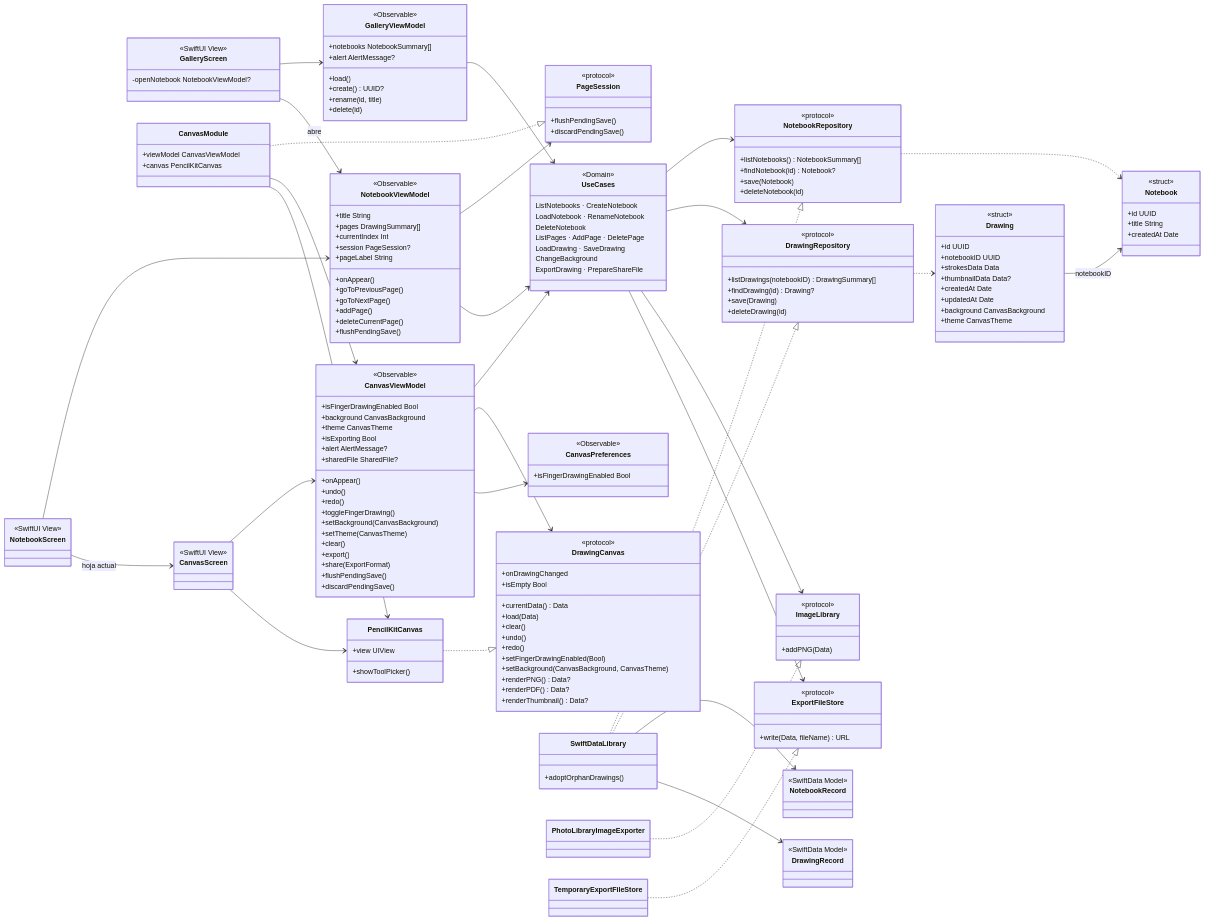
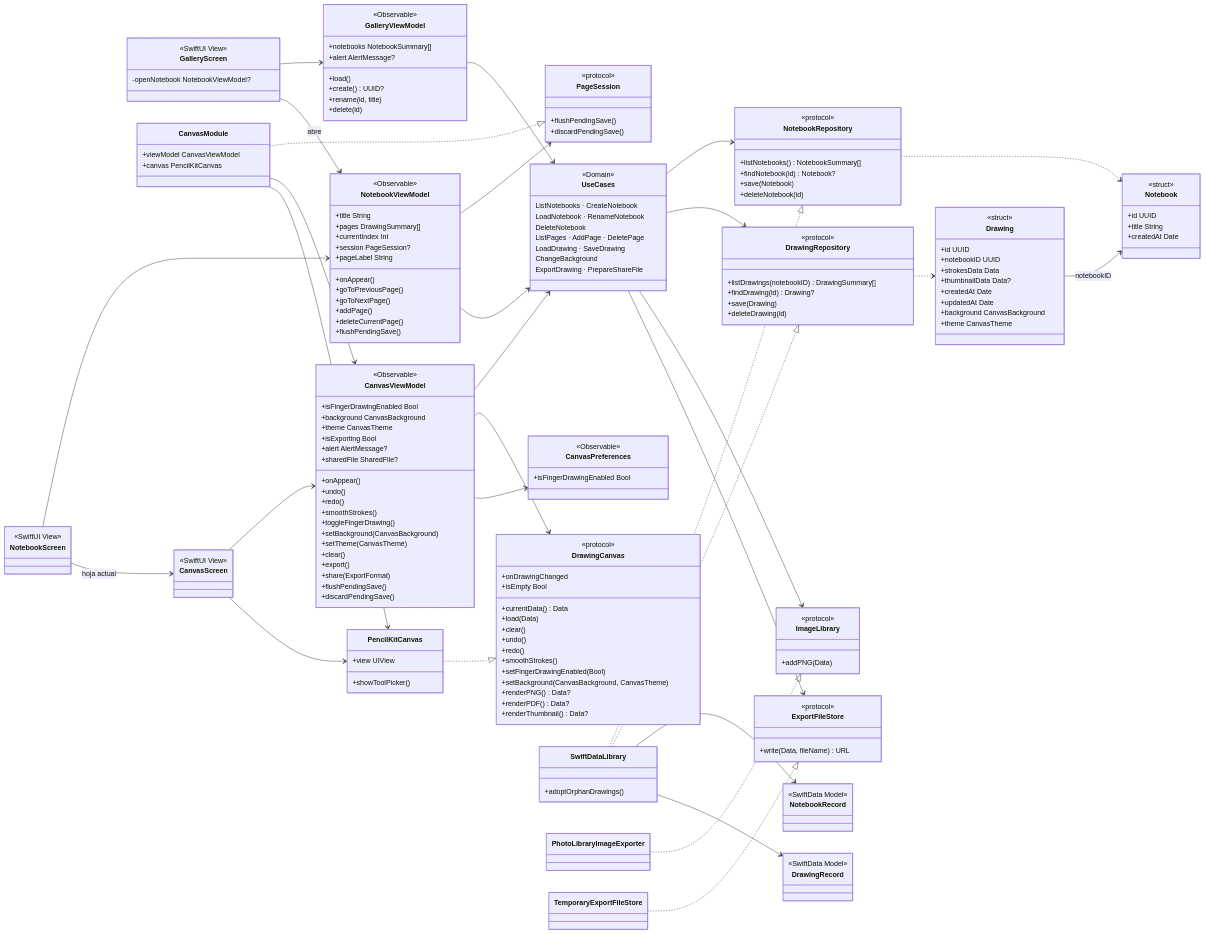
The second of 11 diagrams in docs/arquitectura.md (jhonjairo6230/DrawPad), drawn with Mermaid before and after one commit. The commit also changed other lines of this file and 13 other files, not shown here.

```diff
--- a/docs/arquitectura.md
+++ b/docs/arquitectura.md
@@ -232,6 +234,7 @@
         +onAppear()
         +undo()
         +redo()
+        +smoothStrokes()
         +toggleFingerDrawing()
         +setBackground(CanvasBackground)
         +setTheme(CanvasTheme)
@@ -254,6 +257,7 @@
         +clear()
         +undo()
         +redo()
+        +smoothStrokes()
         +setFingerDrawingEnabled(Bool)
         +setBackground(CanvasBackground, CanvasTheme)
         +renderPNG() Data?
```
